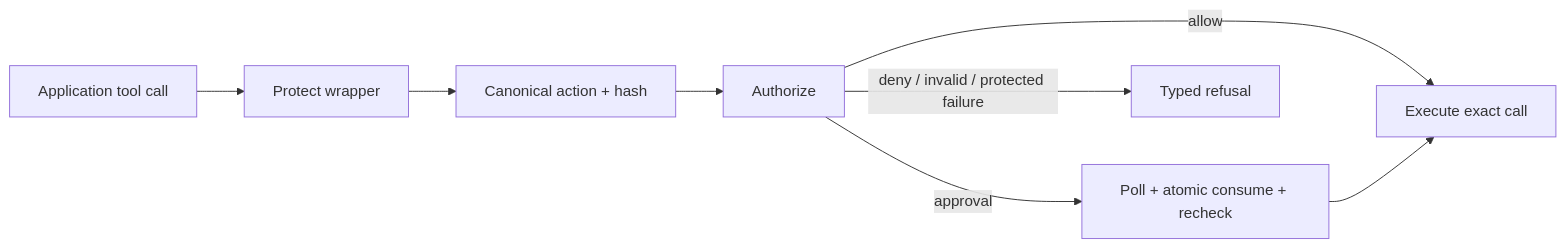
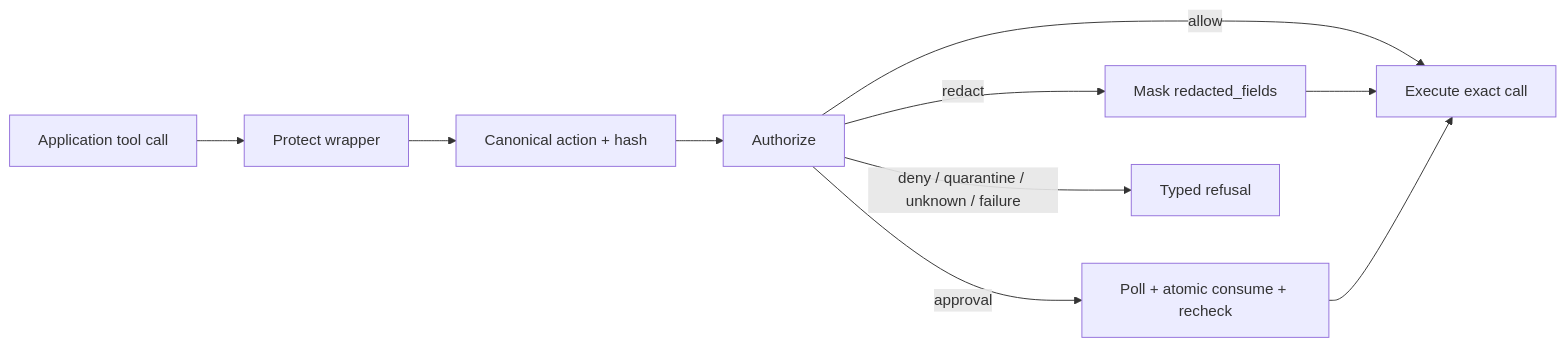
The diagram in docs/components/SDK.md (lavkushry/AegisAgent), drawn with Mermaid before and after one commit. The commit also changed 101 other files, not shown here.

````diff
--- a/docs/components/SDK.md
+++ b/docs/components/SDK.md
@@ -17,9 +17,10 @@
 ```mermaid
 flowchart LR
     CALL[Application tool call] --> WRAP[Protect wrapper]
     WRAP --> CANON[Canonical action + hash]
     CANON --> GW[Authorize]
     GW -->|allow| EXEC[Execute exact call]
+    GW -->|redact| MASK[Mask redacted_fields] --> EXEC
     GW -->|approval| CONSUME[Poll + atomic consume + recheck] --> EXEC
-    GW -->|deny / invalid / protected failure| STOP[Typed refusal]
+    GW -->|deny / quarantine / unknown / failure| STOP[Typed refusal]
 ```
````
